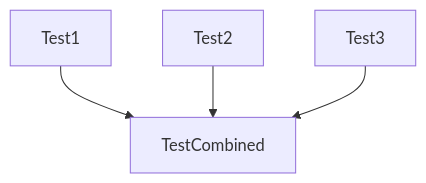
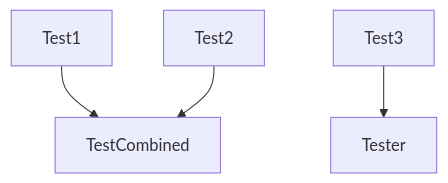
Before and after one commit to RockFreakRickerd/SameCodeDifferentLanguagues: the diagram in ShipQuay/README.md, drawn with Mermaid.

````diff
--- a/ShipQuay/README.md
+++ b/ShipQuay/README.md
@@ -5,6 +5,6 @@
 ```mermaid
 flowchart TD
   A[Test1] --> D[TestCombined];
   B[Test2] --> D[TestCombined];
-  C[Test3] --> D[TestCombined];
+  C[Test3] --> E[Tester];
 ```
````
